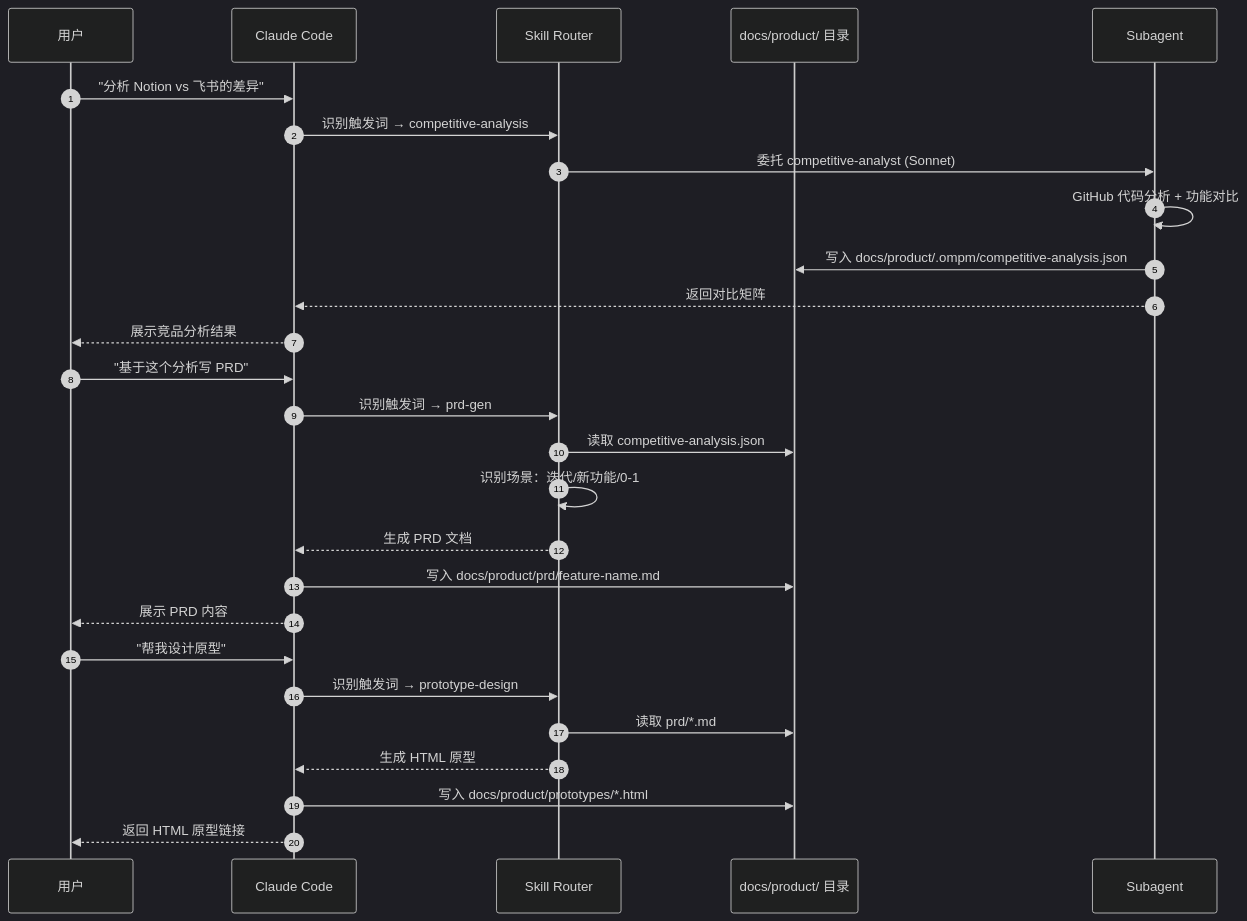
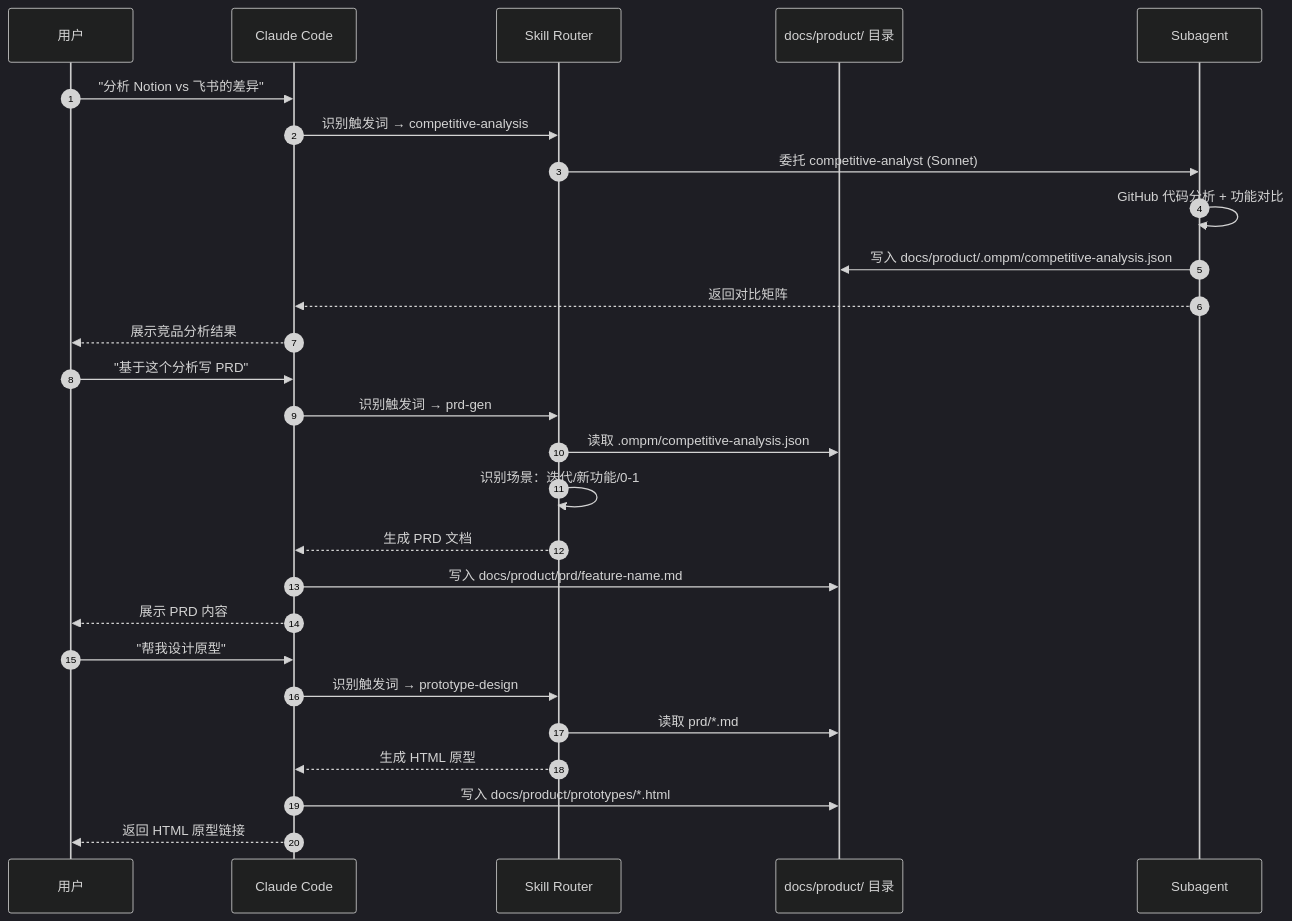
One commit to kelegele/oh-my-pm changed the second of 9 diagrams in docs/architecture/workflow-architecture.md. Above: the diagram before and after it, drawn with Mermaid (dark theme). The commit also changed other lines of this file and 21 other files, not shown here.

````diff
--- a/docs/architecture/workflow-architecture.md
+++ b/docs/architecture/workflow-architecture.md
@@ -51,32 +51,32 @@
 ```mermaid
 sequenceDiagram
     autonumber
     participant U as 用户
     participant CC as Claude Code
     participant SK as Skill Router
     participant CTX as docs/product/ 目录
     participant SA as Subagent
 
     U->>CC: "分析 Notion vs 飞书的差异"
     CC->>SK: 识别触发词 → competitive-analysis
     SK->>SA: 委托 competitive-analyst (Sonnet)
     SA->>SA: GitHub 代码分析 + 功能对比
     SA->>CTX: 写入 docs/product/.ompm/competitive-analysis.json
     SA-->>CC: 返回对比矩阵
     CC-->>U: 展示竞品分析结果
 
     U->>CC: "基于这个分析写 PRD"
     CC->>SK: 识别触发词 → prd-gen
-    SK->>CTX: 读取 competitive-analysis.json
+    SK->>CTX: 读取 .ompm/competitive-analysis.json
     SK->>SK: 识别场景：迭代/新功能/0-1
     SK-->>CC: 生成 PRD 文档
     CC->>CTX: 写入 docs/product/prd/feature-name.md
     CC-->>U: 展示 PRD 内容
 
     U->>CC: "帮我设计原型"
     CC->>SK: 识别触发词 → prototype-design
     SK->>CTX: 读取 prd/*.md
     SK-->>CC: 生成 HTML 原型
     CC->>CTX: 写入 docs/product/prototypes/*.html
     CC-->>U: 返回 HTML 原型链接
 ```
````
